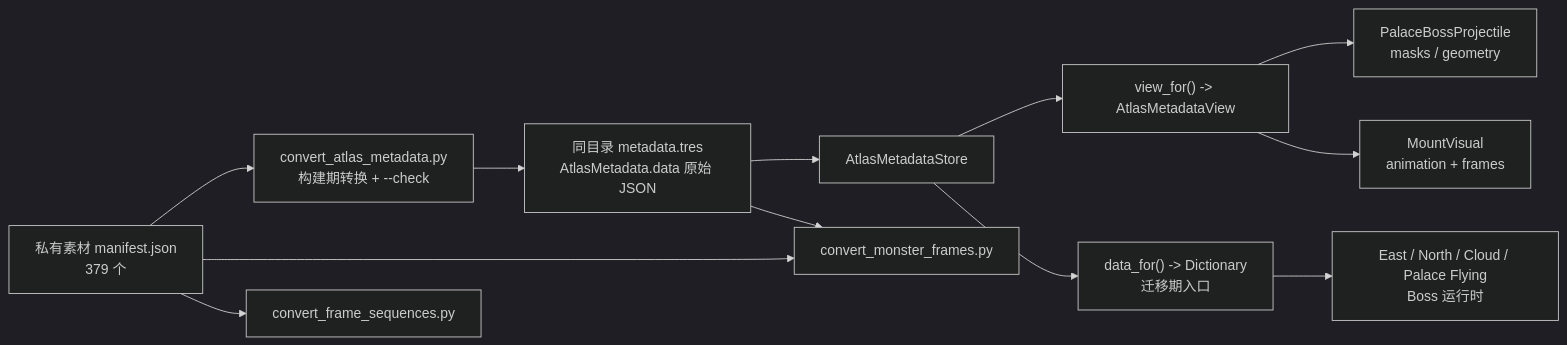
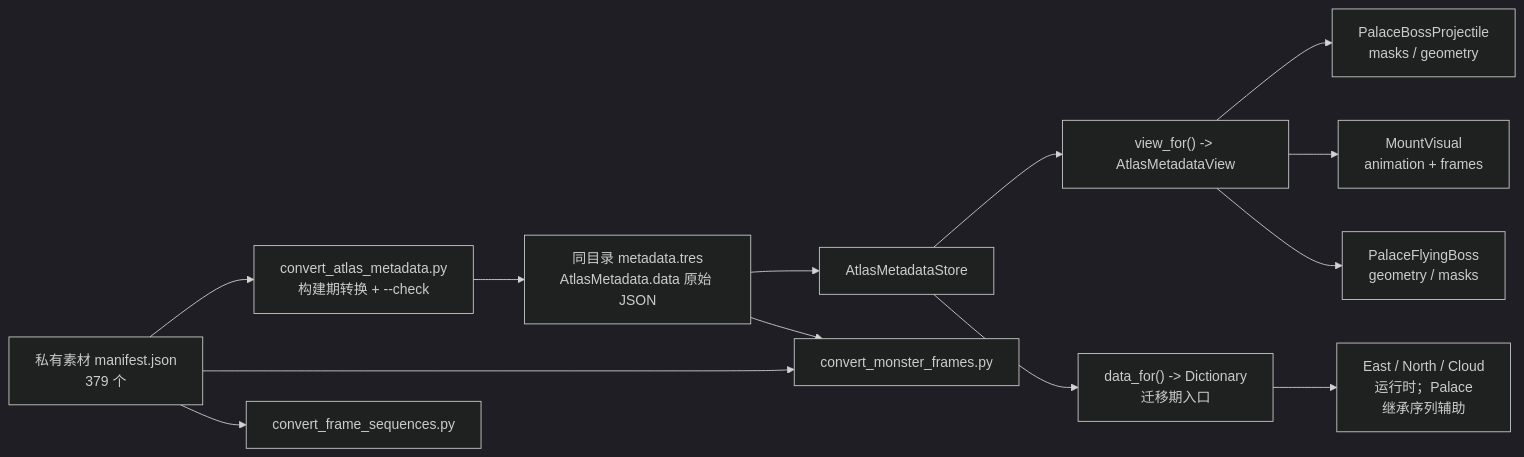
The diagram in docs/reference/atlas_metadata_schema.md (0xnayuta/BHYH), drawn with Mermaid (dark theme) before and after one commit. The commit also changed other lines of this file and 11 other files, not shown here.

First line of the commit message:
feat(palace): 使用 AtlasMetadataView 读取飞行 Boss 几何

````diff
--- a/docs/reference/atlas_metadata_schema.md
+++ b/docs/reference/atlas_metadata_schema.md
@@ -10,14 +10,15 @@
 ```mermaid
 flowchart LR
     M["私有素材 manifest.json<br/>379 个"] --> C["convert_atlas_metadata.py<br/>构建期转换 + --check"]
     C --> R["同目录 metadata.tres<br/>AtlasMetadata.data 原始 JSON"]
     R --> S["AtlasMetadataStore"]
     S --> SV["view_for() -> AtlasMetadataView"]
     S --> SD["data_for() -> Dictionary<br/>迁移期入口"]
     SV --> P["PalaceBossProjectile<br/>masks / geometry"]
     SV --> V["MountVisual<br/>animation + frames"]
-    SD --> E["East / North / Cloud / Palace Flying<br/>Boss 运行时"]
+    SV --> PF["PalaceFlyingBoss<br/>geometry / masks"]
+    SD --> E["East / North / Cloud<br/>运行时；Palace<br/>继承序列辅助"]
     M --> B1["convert_monster_frames.py"]
     M --> B2["convert_frame_sequences.py"]
     R --> B1
 ```
````
